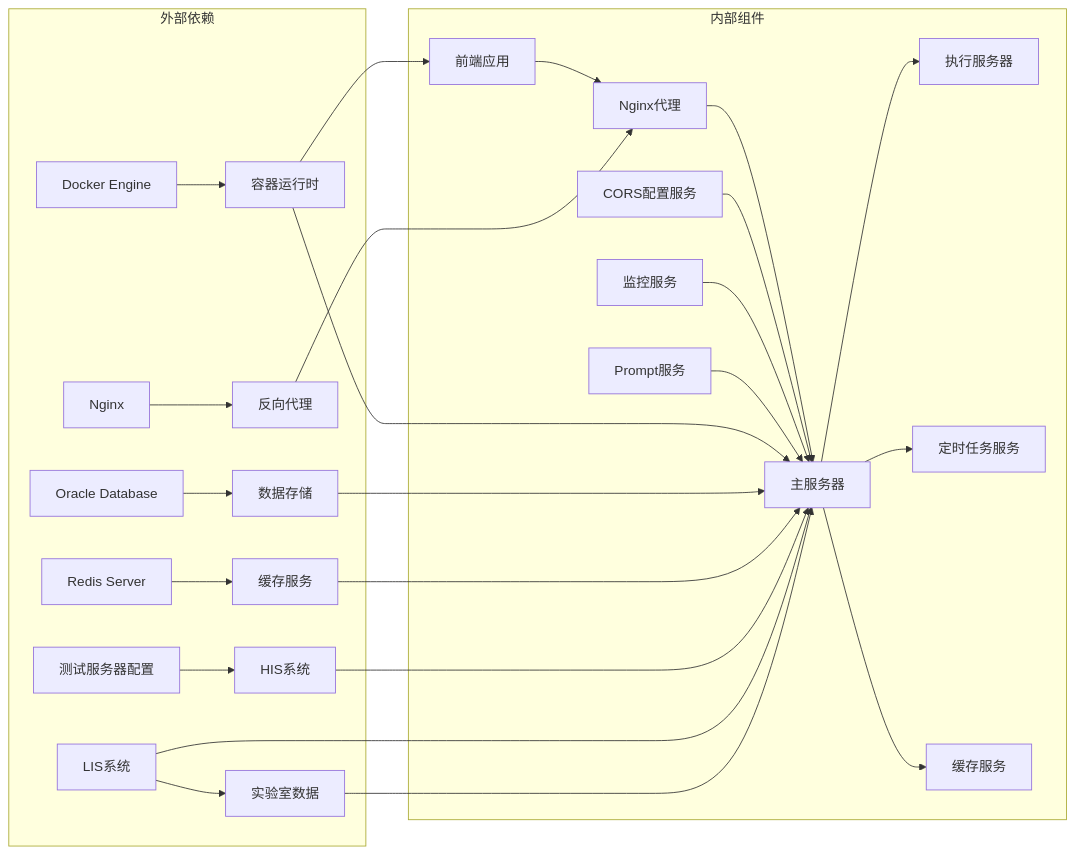
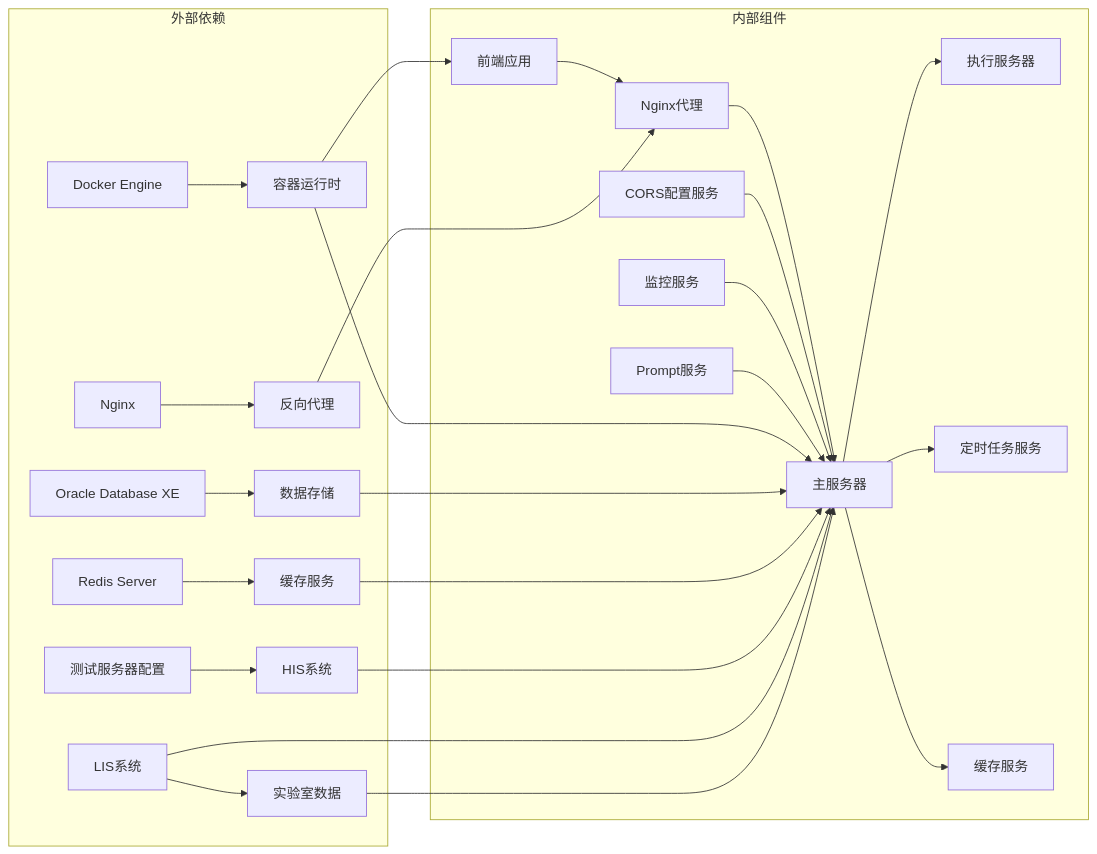
The seventh of 7 diagrams in .qoder/repowiki/zh/content/部署指南/测试服务器部署指南.md (liuzh2008/med_ai_assistant_workspace), drawn with Mermaid before and after one commit. The commit also changed other lines of this file and 3 other files, not shown here.

````diff
--- a/.qoder/repowiki/zh/content/部署指南/测试服务器部署指南.md
+++ b/.qoder/repowiki/zh/content/部署指南/测试服务器部署指南.md
@@ -348,29 +352,29 @@
 ```mermaid
 graph LR
 subgraph "外部依赖"
 A[Docker Engine] --> B[容器运行时]
-C[Oracle Database] --> D[数据存储]
+C[Oracle Database XE] --> D[数据存储]
 E[Redis Server] --> F[缓存服务]
 G[Nginx] --> H[反向代理]
 I[测试服务器配置] --> J[HIS系统]
 K[LIS系统] --> L[实验室数据]
 end
 subgraph "内部组件"
 M[主服务器] --> N[执行服务器]
 M --> O[定时任务服务]
 M --> P[缓存服务]
 Q[前端应用] --> R[Nginx代理]
 R --> M
 S[CORS配置服务] --> M
 T[监控服务] --> M
 U[Prompt服务] --> M
 end
 B --> M
 B --> Q
 D --> M
 F --> M
 H --> R
 J --> M
 K --> M
 L --> M
 ```
````
